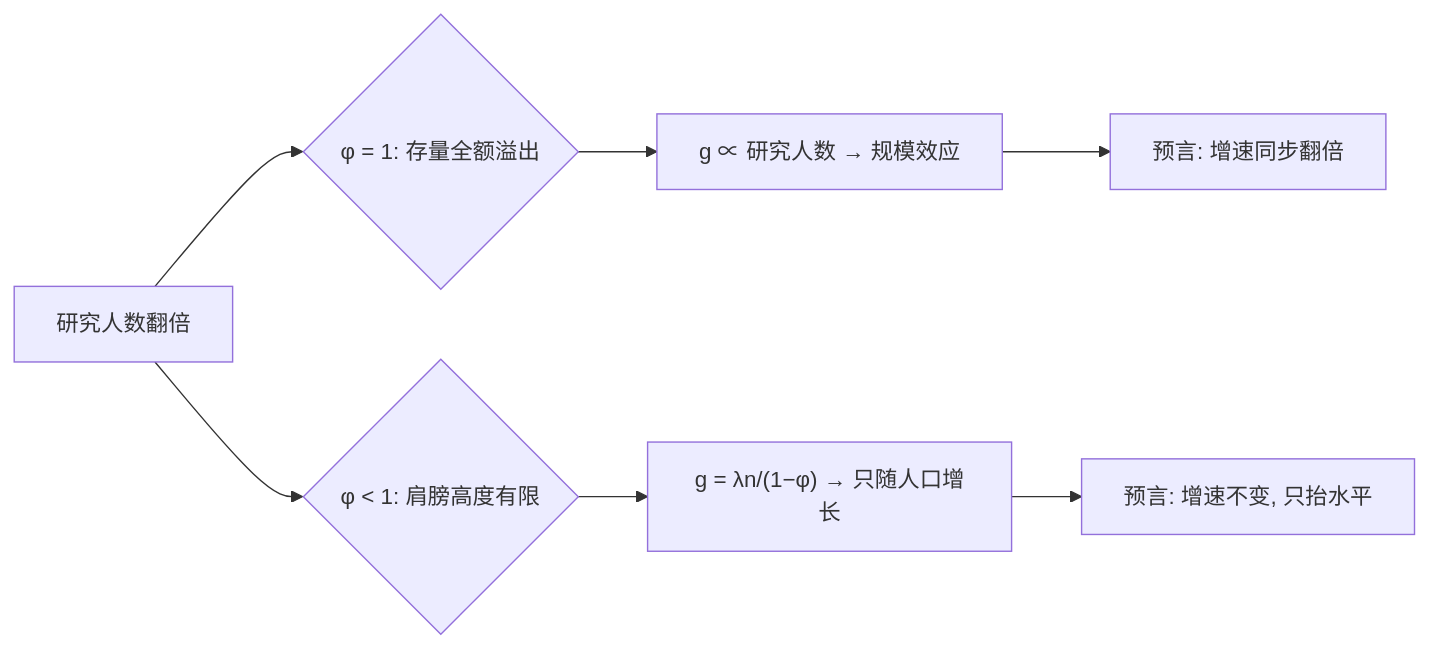
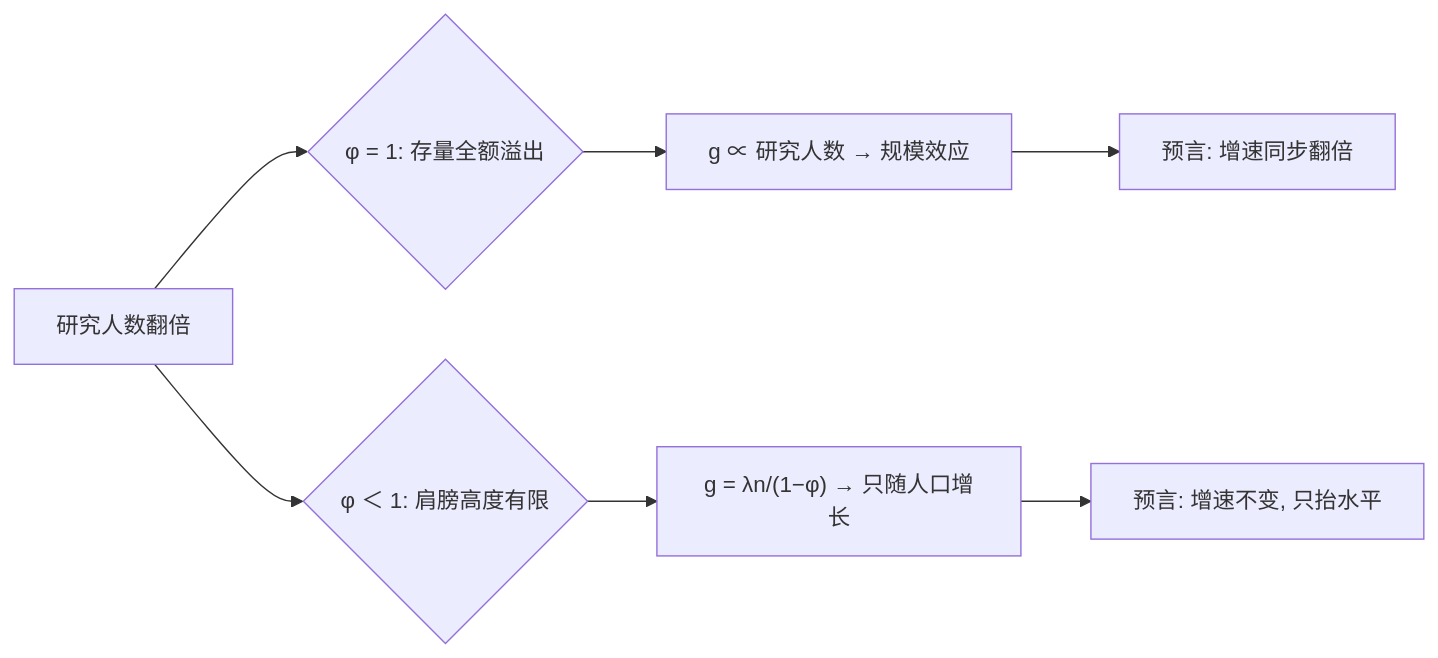
The second of 2 diagrams in docs/econ/gd-ideas-rivalry.md (xhongduo-tech/xhongduo-tech.github.io), drawn with Mermaid before and after one commit. The commit also changed 291 other files, not shown here.

Commit message:
Normalize lesson titles to tree names and repair mermaid arrow/quote syntax site-wide.

````diff
--- a/docs/econ/gd-ideas-rivalry.md
+++ b/docs/econ/gd-ideas-rivalry.md
@@ -37,9 +37,9 @@
 ```mermaid
 flowchart LR
   LA["研究人数翻倍"] --> D1{"φ = 1: 存量全额溢出"}
-  LA --> D2{"φ < 1: 肩膀高度有限"}
+  LA --> D2{"φ ＜ 1: 肩膀高度有限"}
   D1 --> E1["g ∝ 研究人数 → 规模效应"]
   D2 --> E2["g = λn/(1−φ) → 只随人口增长"]
   E1 --> P1["预言: 增速同步翻倍"]
   E2 --> P2["预言: 增速不变, 只抬水平"]
 ```
````
